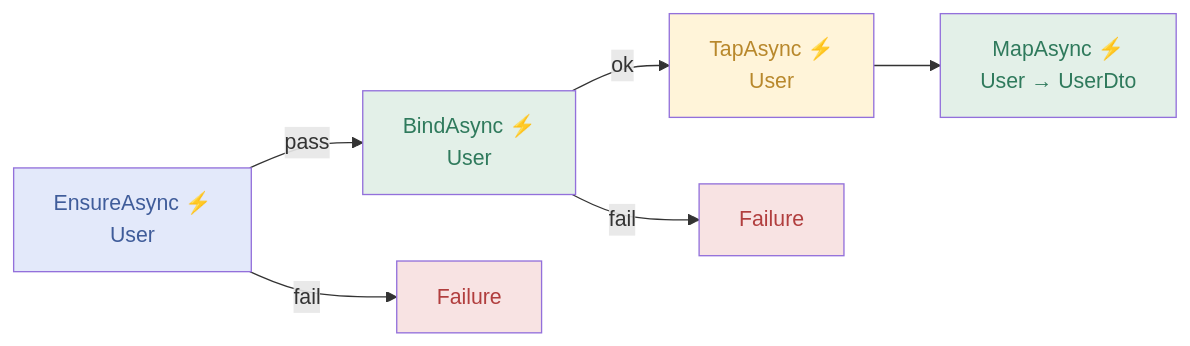
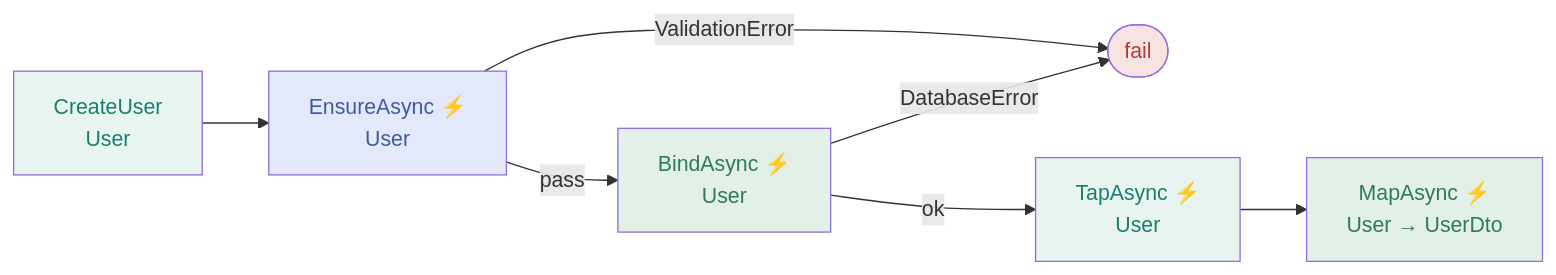
The second of 4 diagrams in README.md (reslava/nuget-package-reslava-result), drawn with Mermaid before and after one commit. The commit also changed other lines of this file and 24 other files, not shown here.

````diff
--- a/README.md
+++ b/README.md
@@ -619,16 +677,19 @@
 ```mermaid
 flowchart LR
-    N0_EnsureAsync["EnsureAsync ⚡<br/>User"]:::gatekeeper
-    N0_EnsureAsync -->|pass| N1_BindAsync
-    N0_EnsureAsync -->|fail| F0["Failure"]:::failure
-    N1_BindAsync["BindAsync ⚡<br/>User"]:::transform
-    N1_BindAsync -->|ok| N2_TapAsync
-    N1_BindAsync -->|fail| F1["Failure"]:::failure
-    N2_TapAsync["TapAsync ⚡<br/>User"]:::sideeffect
-    N2_TapAsync --> N3_MapAsync
-    N3_MapAsync["MapAsync ⚡<br/>User → UserDto"]:::transform
+    N0_CreateUser["CreateUser<br/>User"]:::operation
+    N0_CreateUser --> N1_EnsureAsync
+    N1_EnsureAsync["EnsureAsync ⚡<br/>User"]:::gatekeeper
+    N1_EnsureAsync -->|pass| N2_BindAsync
+    N1_EnsureAsync -->|ValidationError| FAIL
+    N2_BindAsync["BindAsync ⚡<br/>User"]:::transform
+    N2_BindAsync -->|ok| N3_TapAsync
+    N2_BindAsync -->|DatabaseError| FAIL
+    N3_TapAsync["TapAsync ⚡<br/>User"]:::operation
+    N3_TapAsync --> N4_MapAsync
+    N4_MapAsync["MapAsync ⚡<br/>User → UserDto"]:::transform
+    FAIL([fail]):::failure
     classDef gatekeeper fill:#e3e9fa,color:#3f5c9a
+    classDef transform fill:#e3f0e8,color:#2f7a5c
     classDef failure fill:#f8e3e3,color:#b13e3e
-    classDef transform fill:#e3f0e8,color:#2f7a5c
-    classDef sideeffect fill:#fff4d9,color:#b8882c
+    classDef operation fill:#e8f4f0,color:#1c7e6f
 ```
````
